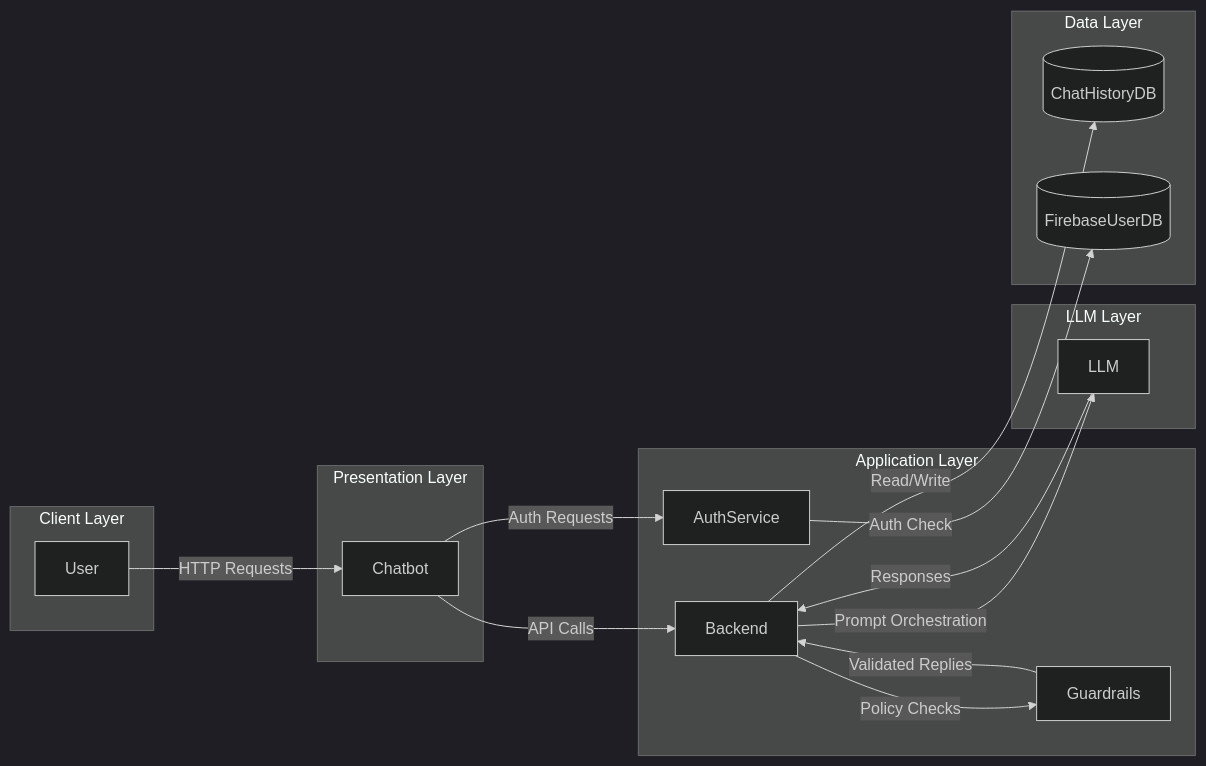
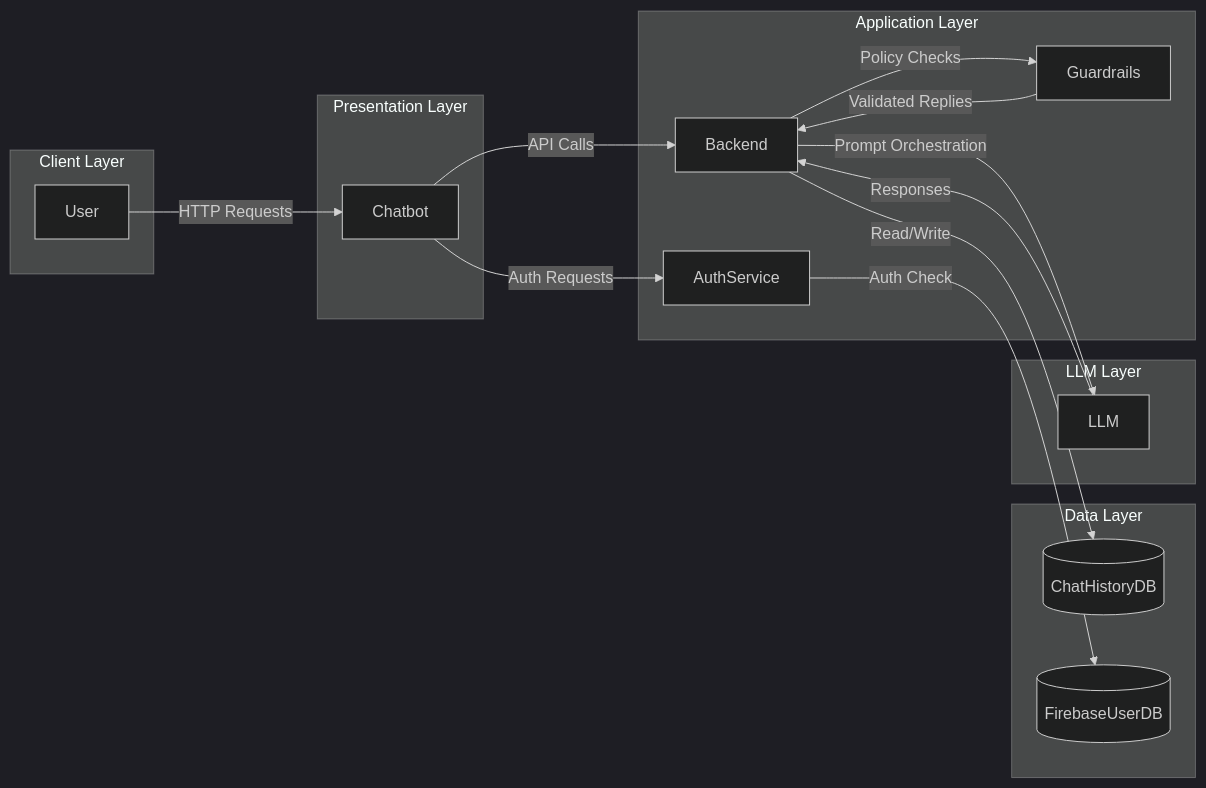
Before and after one commit to sidgyl-anz/guardrailsfe: the third of 3 diagrams in diagrams.md, drawn with Mermaid (dark theme).

````diff
--- a/diagrams.md
+++ b/diagrams.md
@@ -47,35 +47,36 @@
 ```mermaid
 flowchart LR
     subgraph Client Layer
         U[User]
     end
 
     subgraph Presentation Layer
         C[Chatbot]
     end
 
     subgraph Application Layer
         B[Backend]
         G[Guardrails]
         A[AuthService]
     end
+    subgraph Data Layer
+        D[(ChatHistoryDB)]
+        F[(FirebaseUserDB)]
+    end
 
     subgraph LLM Layer
         L[LLM]
     end
 
-    subgraph Data Layer
-        D[(ChatHistoryDB)]
-        F[(FirebaseUserDB)]
-    end
+
 
     U -- HTTP Requests --> C
     C -- API Calls --> B
     C -- Auth Requests --> A
     A -- Auth Check --> F
     B -- Policy Checks --> G
     G -- Validated Replies --> B
     B -- Prompt Orchestration --> L
     L -- Responses --> B
     B -- Read/Write --> D
 ```
````
